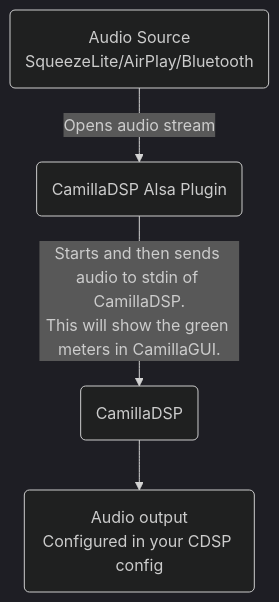
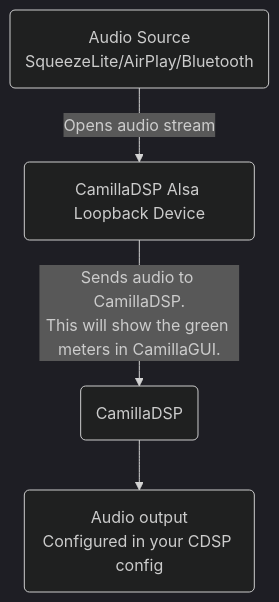
Before and after one commit to sirblew/piCoreCDSP-Loopback: the diagram in README.md, drawn with Mermaid (dark theme). The commit also changed other lines of this file and 1 other file, not shown here.

````diff
--- a/README.md
+++ b/README.md
@@ -113,6 +115,6 @@
 ```mermaid
 graph TD;
-    A(Audio Source<br>SqueezeLite/AirPlay/Bluetooth) -- Opens audio stream --> B(CamillaDSP Alsa Plugin);
-    B -- Starts and then sends audio to stdin of CamillaDSP.<br>This will show the green meters in CamillaGUI. --> C(CamillaDSP);
+    A(Audio Source<br>SqueezeLite/AirPlay/Bluetooth) -- Opens audio stream --> B(CamillaDSP Alsa Loopback Device);
+    B -- Sends audio to CamillaDSP.<br>This will show the green meters in CamillaGUI. --> C(CamillaDSP);
     C --> O(Audio output<br>Configured in your CDSP config);
 ```
````
